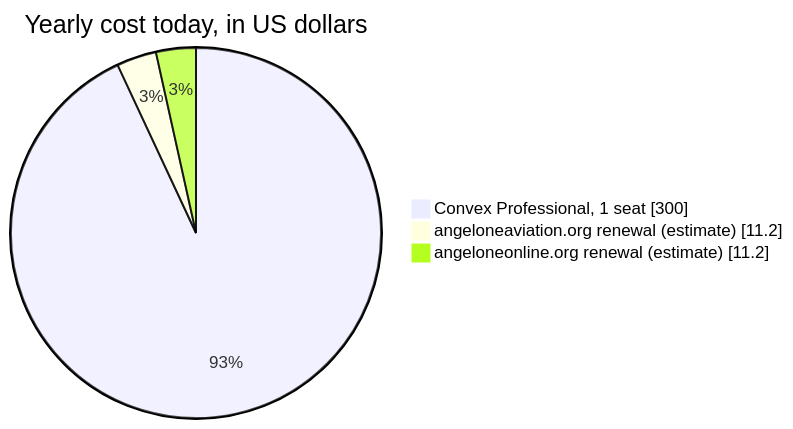
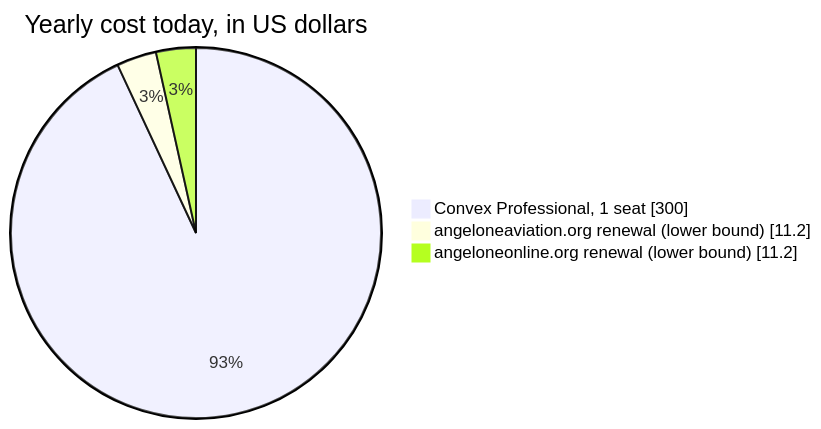
The diagram in docs/handbook/4-money-and-risk/services-and-costs.md (angelone-aviation/AO-aircraft-maintenance), drawn with Mermaid before and after one commit. The commit also changed other lines of this file and 5 other files, not shown here.

````diff
--- a/docs/handbook/4-money-and-risk/services-and-costs.md
+++ b/docs/handbook/4-money-and-risk/services-and-costs.md
@@ -46,6 +46,6 @@
 ```mermaid
 pie showData title Yearly cost today, in US dollars
   "Convex Professional, 1 seat" : 300
-  "angeloneaviation.org renewal (estimate)" : 11.2
-  "angeloneonline.org renewal (estimate)" : 11.2
+  "angeloneaviation.org renewal (lower bound)" : 11.2
+  "angeloneonline.org renewal (lower bound)" : 11.2
 ```
````
